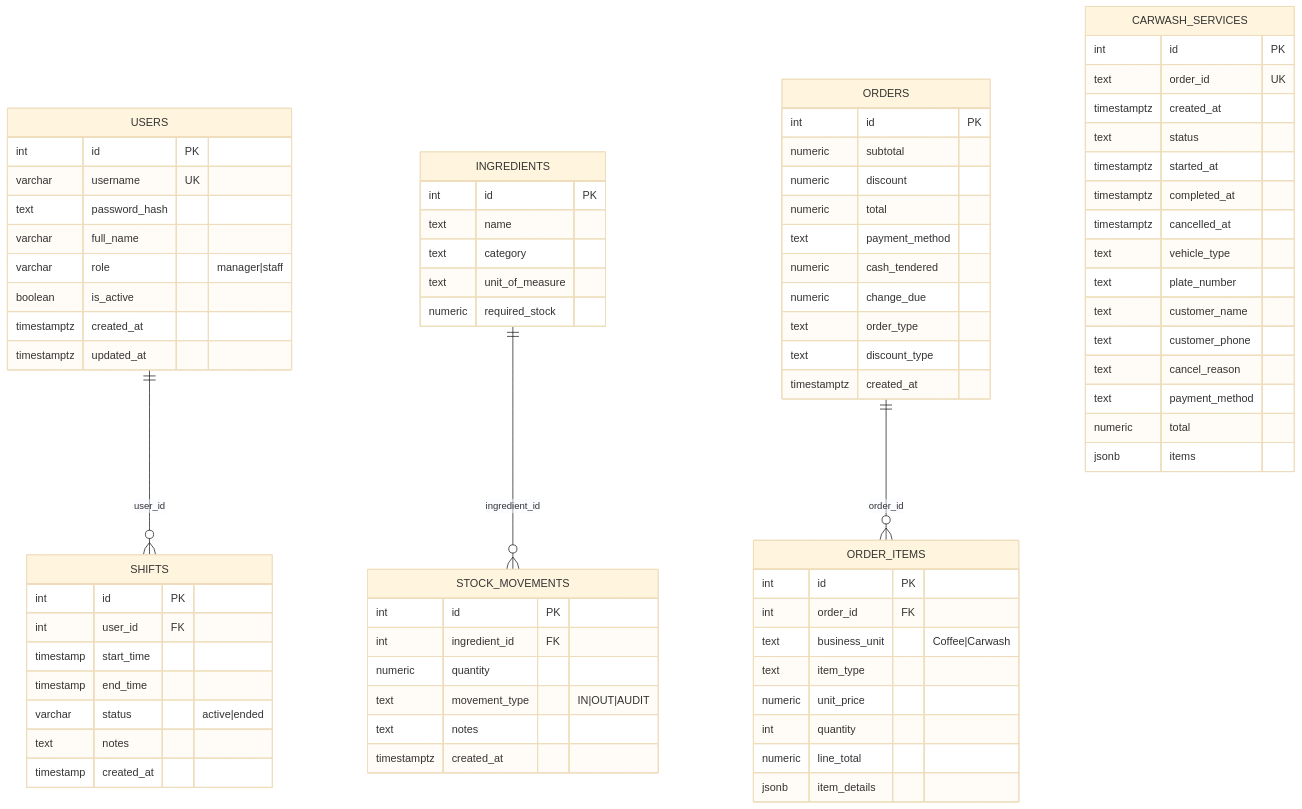
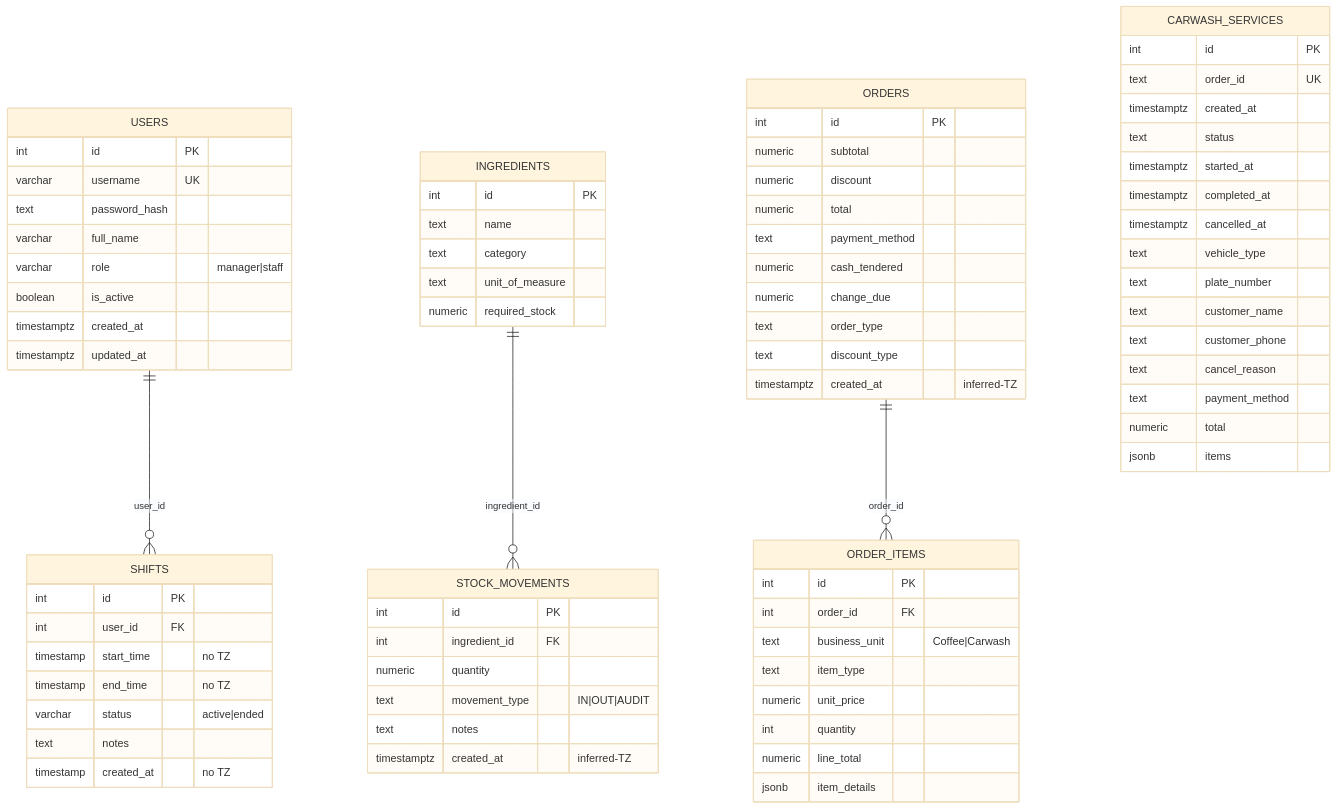
The diagram in ERD.md (kittyryl/onefaith-backend), drawn with Mermaid (base theme) before and after one commit.

Commit message:
Fix ERD timestamp types to match actual schema
- shifts: TIMESTAMP (no TZ) per create_shifts_table.js
- users, carwash_services: TIMESTAMPTZ (with TZ)
- orders, stock_movements: inferred TIMESTAMPTZ (not explicitly created but used with TZ in carwash/order code)

```diff
--- a/ERD.md
+++ b/ERD.md
@@ -39,11 +39,11 @@
   SHIFTS {
     int id PK
     int user_id FK
-    timestamp start_time
-    timestamp end_time
+    timestamp start_time "no TZ"
+    timestamp end_time "no TZ"
     varchar status "active|ended"
     text notes
-    timestamp created_at
+    timestamp created_at "no TZ"
   }
 
   INGREDIENTS {
@@ -60,7 +60,7 @@
     numeric quantity
     text movement_type "IN|OUT|AUDIT"
     text notes
-    timestamptz created_at
+    timestamptz created_at "inferred-TZ"
   }
 
   ORDERS {
@@ -73,7 +73,7 @@
     numeric change_due
     text order_type
     text discount_type
-    timestamptz created_at
+    timestamptz created_at "inferred-TZ"
   }
 
   ORDER_ITEMS {
```
